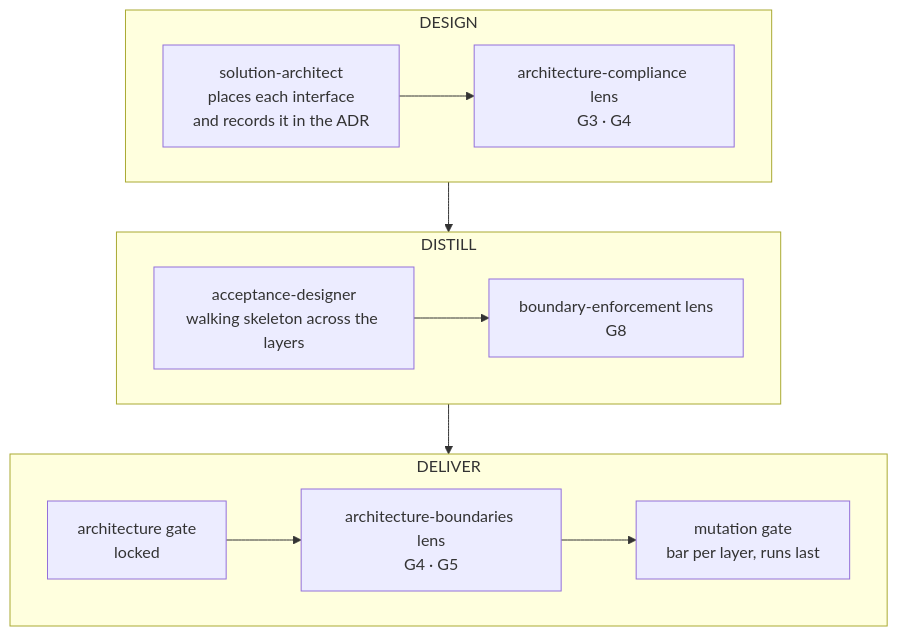
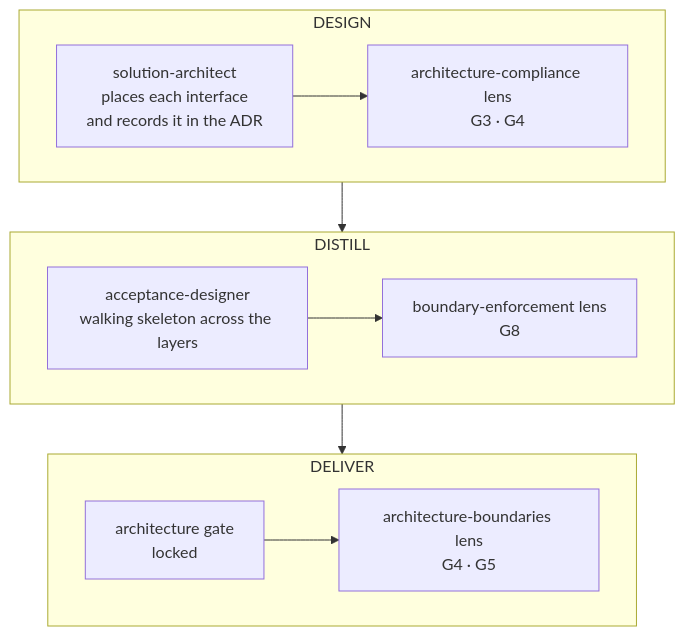
The second of 2 diagrams in docs/website/docs/explanation/clean-architecture.md (SebastienDegodez/skraft-plugin), drawn with Mermaid before and after one commit. The commit also changed other lines of this file and 48 other files, not shown here.

````diff
--- a/docs/website/docs/explanation/clean-architecture.md
+++ b/docs/website/docs/explanation/clean-architecture.md
@@ -89,16 +89,16 @@
 ```mermaid
 flowchart TB
     subgraph DES["DESIGN"]
         direction LR
         A1["solution-architect<br/>places each interface<br/>and records it in the ADR"] --> A2["architecture-compliance lens<br/>G3 · G4"]
     end
     subgraph DIS["DISTILL"]
         direction LR
         B1["acceptance-designer<br/>walking skeleton across the layers"] --> B2["boundary-enforcement lens<br/>G8"]
     end
     subgraph DEL["DELIVER"]
         direction LR
-        C1["architecture gate<br/>locked"] --> C3["architecture-boundaries lens<br/>G4 · G5"] --> C2["mutation gate<br/>bar per layer, runs last"]
+        C1["architecture gate<br/>locked"] --> C3["architecture-boundaries lens<br/>G4 · G5"]
     end
     DES --> DIS --> DEL
 ```
````
